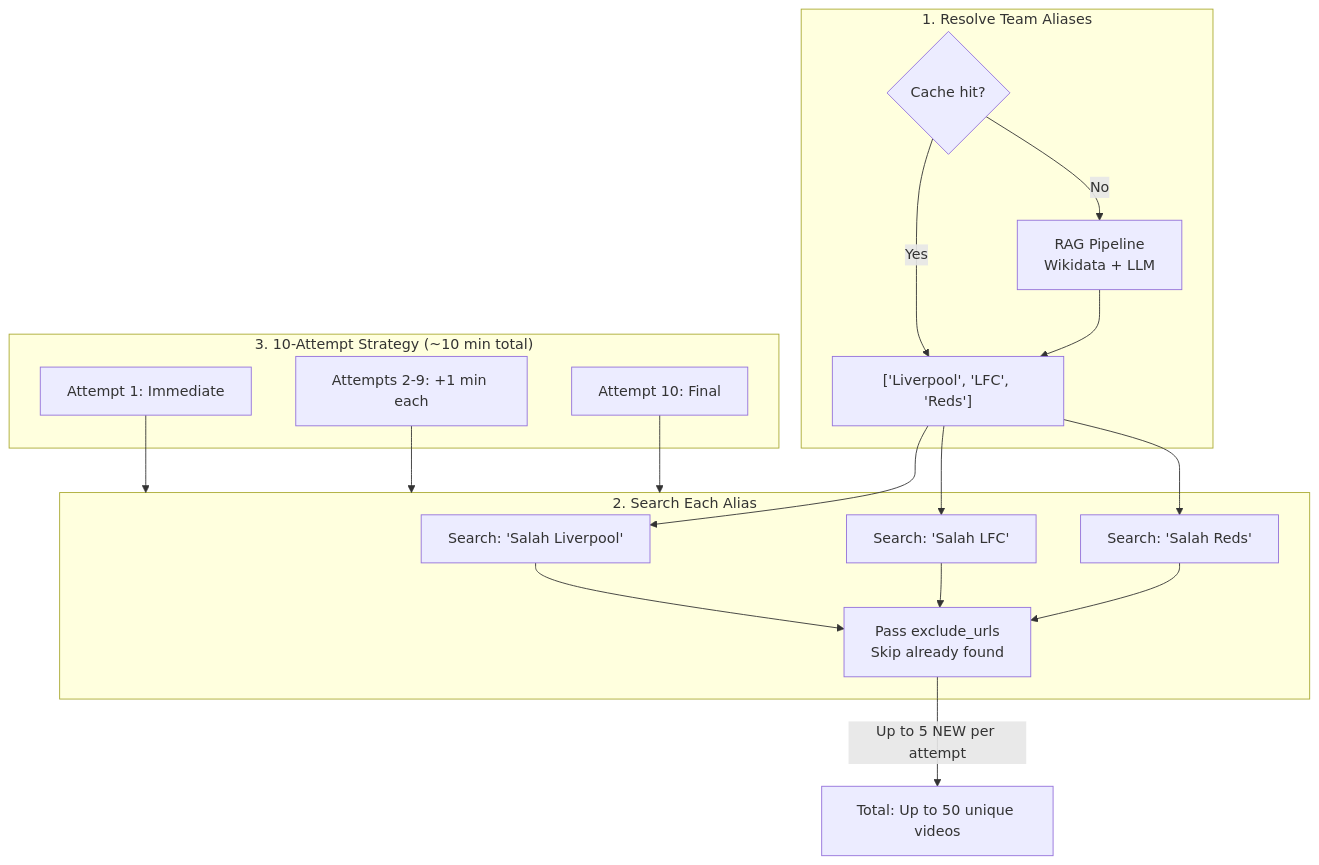
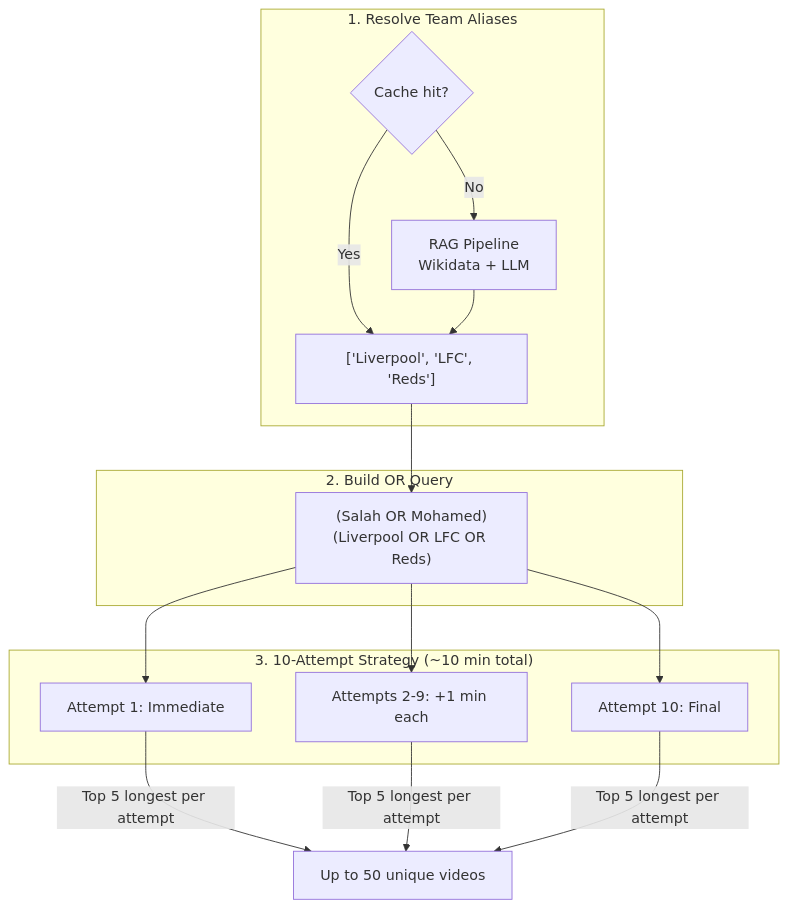
The fifth of 14 diagrams in README.md (vedantadhobley/found-footy), drawn with Mermaid before and after one commit. The commit also changed other lines of this file and 5 other files, not shown here.

````diff
--- a/README.md
+++ b/README.md
@@ -230,29 +209,24 @@
 ```mermaid
 flowchart TB
     subgraph ALIASES["1. Resolve Team Aliases"]
         CACHE{Cache hit?}
         RAG[RAG Pipeline<br/>Wikidata + LLM]
         RESULT["['Liverpool', 'LFC', 'Reds']"]
         CACHE -->|Yes| RESULT
         CACHE -->|No| RAG --> RESULT
     end
     
-    subgraph SEARCH["2. Search Each Alias"]
-        Q1["Search: 'Salah Liverpool'"]
-        Q2["Search: 'Salah LFC'"]
-        Q3["Search: 'Salah Reds'"]
-        EXCLUDE[Pass exclude_urls<br/>Skip already found]
+    subgraph SEARCH["2. Build OR Query"]
+        QUERY["(Salah OR Mohamed)<br/>(Liverpool OR LFC OR Reds)"]
     end
     
     subgraph STRATEGY["3. 10-Attempt Strategy (~10 min total)"]
         A1[Attempt 1: Immediate]
         A2[Attempts 2-9: +1 min each]
         A10[Attempt 10: Final]
     end
-    
-    RESULT --> Q1 & Q2 & Q3
-    Q1 & Q2 & Q3 --> EXCLUDE
-    A1 & A2 & A10 --> SEARCH
-    
-    EXCLUDE -->|Up to 5 NEW per attempt| TOTAL[Total: Up to 50 unique videos]
+
+    RESULT --> QUERY
+    QUERY --> A1 & A2 & A10
+    A1 & A2 & A10 -->|Top 5 longest per attempt| TOTAL[Up to 50 unique videos]
 ```
````
